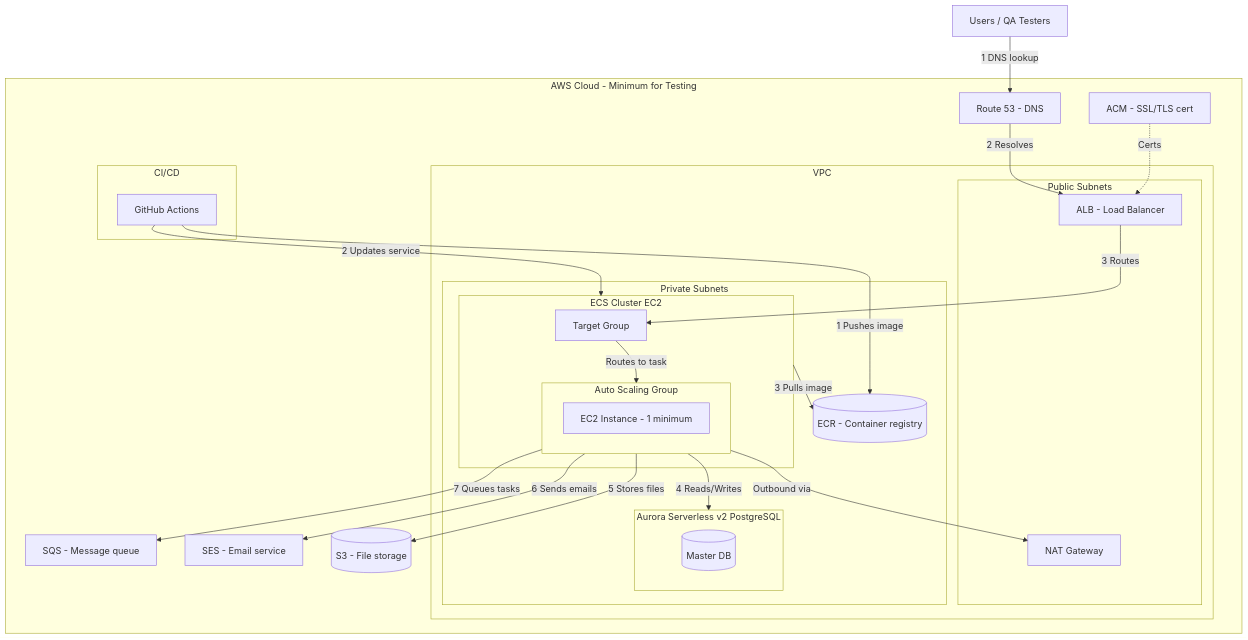
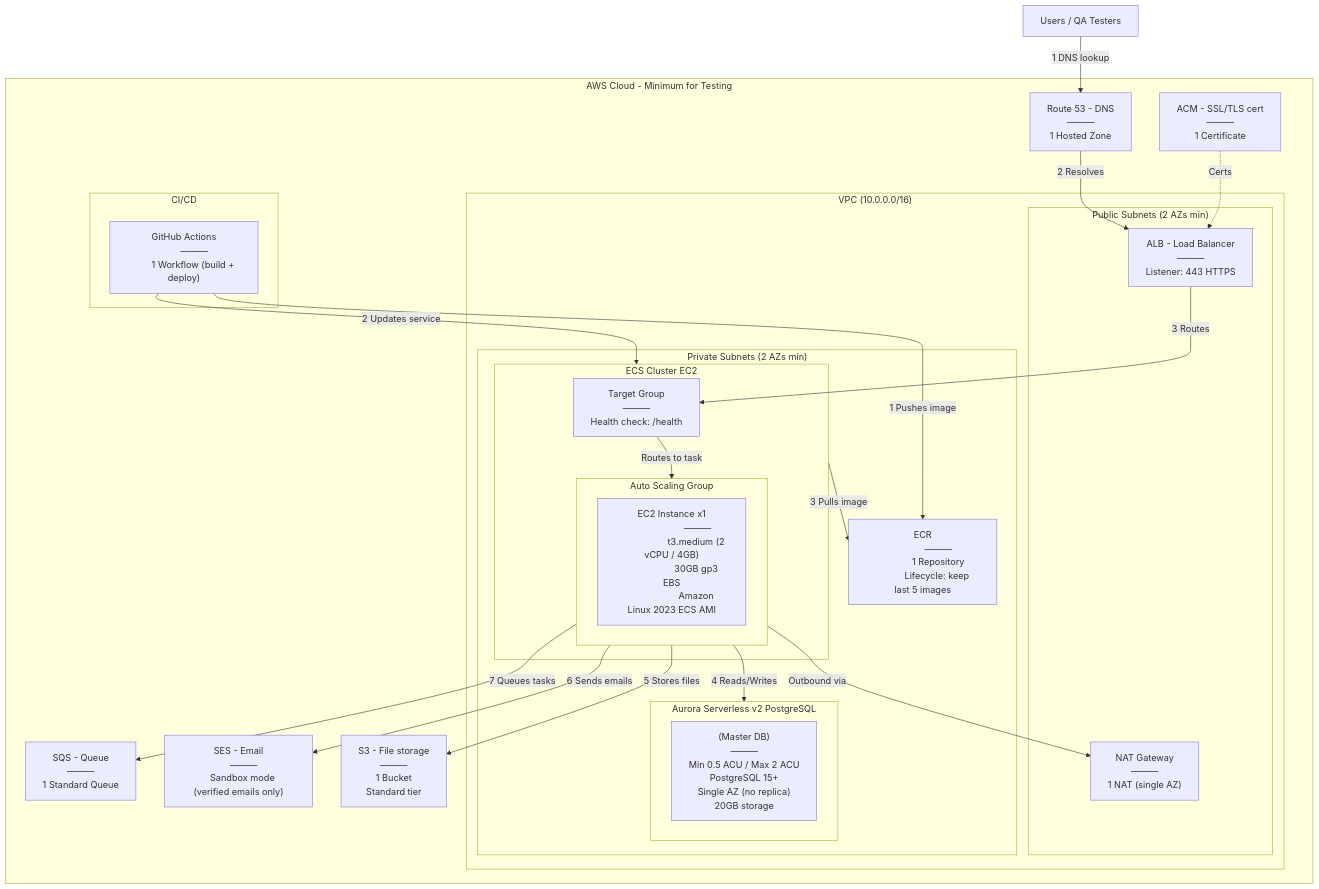
The diagram in minimu.md (samir19406/test1), drawn with Mermaid before and after one commit.

````diff
--- a/minimu.md
+++ b/minimu.md
@@ -5,41 +5,72 @@
 
 subgraph AWS_Cloud[AWS Cloud - Minimum for Testing]
 
-    Route53[Route 53 - DNS]
-    ACM[ACM - SSL/TLS cert]
+    Route53["Route 53 - DNS
+    ———
+    1 Hosted Zone"]
+    ACM["ACM - SSL/TLS cert
+    ———
+    1 Certificate"]
 
-    subgraph VPC[VPC]
+    subgraph VPC["VPC (10.0.0.0/16)"]
 
-        subgraph Public_Subnets[Public Subnets]
-            ALB[ALB - Load Balancer]
-            NAT[NAT Gateway]
+        subgraph Public_Subnets["Public Subnets (2 AZs min)"]
+            ALB["ALB - Load Balancer
+            ———
+            Listener: 443 HTTPS"]
+            NAT["NAT Gateway
+            ———
+            1 NAT (single AZ)"]
         end
 
-        subgraph Private_Subnets[Private Subnets]
+        subgraph Private_Subnets["Private Subnets (2 AZs min)"]
 
             subgraph ECS_Cluster[ECS Cluster EC2]
-                TG[Target Group]
+                TG["Target Group
+                ———
+                Health check: /health"]
                 subgraph ASG[Auto Scaling Group]
-                    EC2_1[EC2 Instance - 1 minimum]
+                    EC2_1["EC2 Instance x1
+                    ———
+                    t3.medium (2 vCPU / 4GB)
+                    30GB gp3 EBS
+                    Amazon Linux 2023 ECS AMI"]
                 end
             end
 
-            subgraph Aurora_Cluster[Aurora Serverless v2 PostgreSQL]
-                MasterDB[(Master DB)]
+            subgraph Aurora_Cluster["Aurora Serverless v2 PostgreSQL"]
+                MasterDB["(Master DB)
+                ———
+                Min 0.5 ACU / Max 2 ACU
+                PostgreSQL 15+
+                Single AZ (no replica)
+                20GB storage"]
             end
 
-            ECR[(ECR - Container registry)]
+            ECR["ECR
+            ———
+            1 Repository
+            Lifecycle: keep last 5 images"]
 
         end
 
     end
 
-    S3[(S3 - File storage)]
-    SES[SES - Email service]
-    SQS[SQS - Message queue]
+    S3["S3 - File storage
+    ———
+    1 Bucket
+    Standard tier"]
+    SES["SES - Email
+    ———
+    Sandbox mode (verified emails only)"]
+    SQS["SQS - Queue
+    ———
+    1 Standard Queue"]
 
     subgraph CICD[CI/CD]
-        GitHub[GitHub Actions]
+        GitHub["GitHub Actions
+        ———
+        1 Workflow (build + deploy)"]
     end
 
 end
@@ -63,4 +94,5 @@
 GitHub -- "2 Updates service" --> ECS_Cluster
 ECS_Cluster -- "3 Pulls image" --> ECR
 
+
 ```
````
